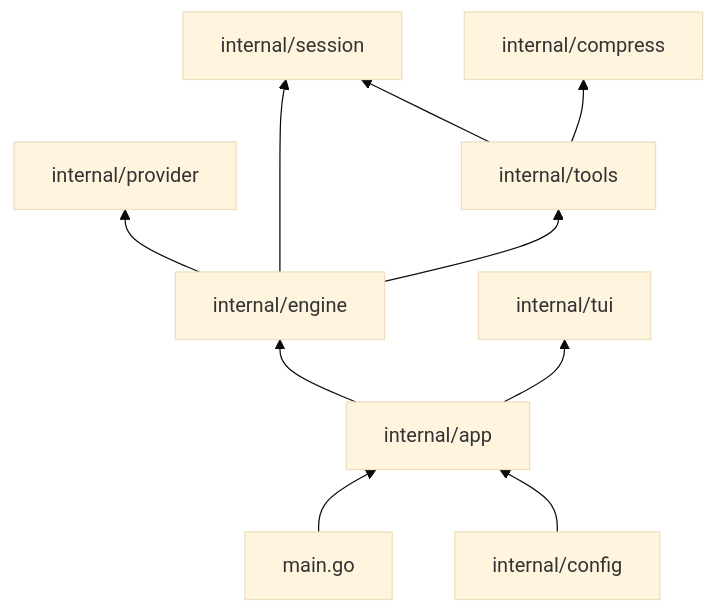
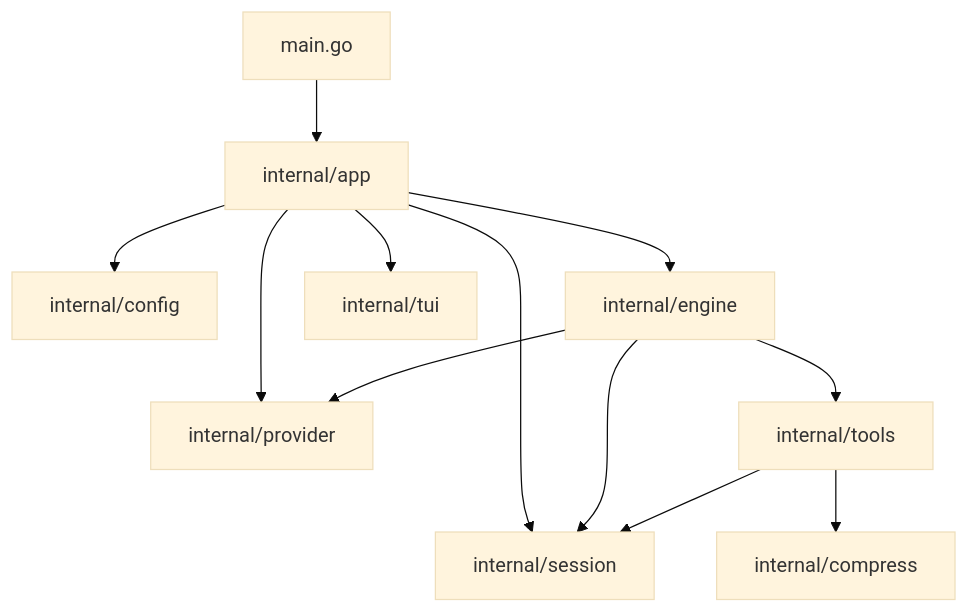
The diagram in ARCHITECTURE.md (glemsom/eitri), drawn with Mermaid (base theme) before and after one commit. The commit also changed other lines of this file and 2 other files, not shown here.

````diff
--- a/ARCHITECTURE.md
+++ b/ARCHITECTURE.md
@@ -15,12 +7,14 @@
 ```mermaid
-flowchart BT
+flowchart TB
   main[main.go] --> app[internal/app]
-  config[internal/config] --> app
+  app --> config[internal/config]
+  app --> provider[internal/provider]
+  app --> session[internal/session]
   app --> engine[internal/engine]
   app --> tui[internal/tui]
-  engine --> provider[internal/provider]
+  engine --> provider
   engine --> tools[internal/tools]
-  engine --> session[internal/session]
+  engine --> session
   tools --> session
   tools --> compress[internal/compress]
 ```
````
